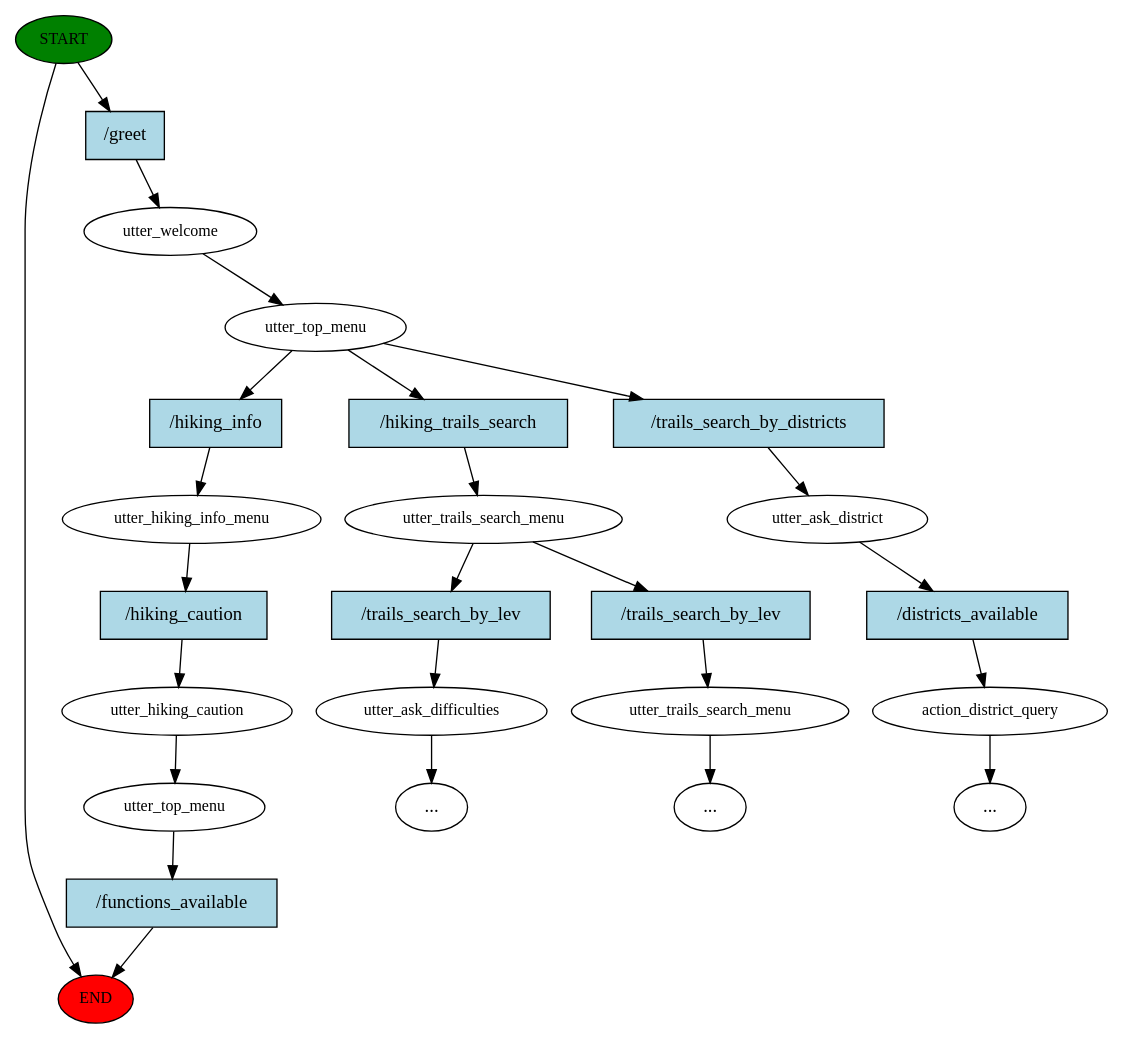
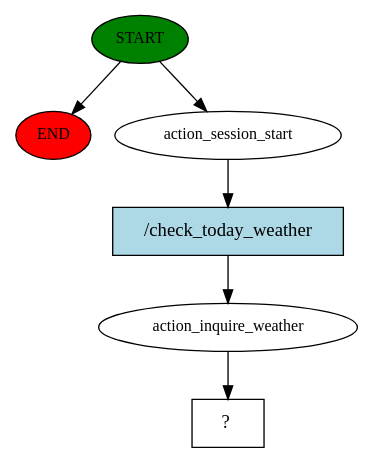
The diagram in story_graph.dot (lemonJohn755/FYP_Chatbot), drawn with Graphviz before and after one commit. The commit also changed 2 other files, not shown here.

```diff
--- a/story_graph.dot
+++ b/story_graph.dot
@@ -1,50 +1,13 @@
 digraph  {
 0 [class="start active", fillcolor=green, fontsize=12, label=START, style=filled];
 "-1" [class=end, fillcolor=red, fontsize=12, label=END, style=filled];
-1 [class=active, fontsize=12, label=utter_welcome];
-2 [class=active, fontsize=12, label=utter_top_menu];
-3 [class=active, fontsize=12, label=utter_hiking_info_menu];
-4 [class=active, fontsize=12, label=utter_hiking_caution];
-5 [class="active dashed", fontsize=12, label=utter_top_menu];
-8 [class="", fontsize=12, label=utter_trails_search_menu];
-9 [class="", fontsize=12, label=utter_ask_difficulties];
-"-3" [class=ellipsis, label="..."];
-12 [class="", fontsize=12, label=utter_ask_district];
-13 [class="", fontsize=12, label=action_district_query];
-"-4" [class=ellipsis, label="..."];
-17 [class="", fontsize=12, label=utter_trails_search_menu];
-"-5" [class=ellipsis, label="..."];
-23 [class="intent active", fillcolor=lightblue, label="/greet", shape=rect, style=filled];
-24 [class="intent active", fillcolor=lightblue, label="/hiking_info", shape=rect, style=filled];
-25 [class=intent, fillcolor=lightblue, label="/hiking_trails_search", shape=rect, style=filled];
-26 [class=intent, fillcolor=lightblue, label="/trails_search_by_districts", shape=rect, style=filled];
-27 [class="intent active", fillcolor=lightblue, label="/hiking_caution", shape=rect, style=filled];
-28 [class=intent, fillcolor=lightblue, label="/functions_available", shape=rect, style=filled];
-29 [class=intent, fillcolor=lightblue, label="/trails_search_by_lev", shape=rect, style=filled];
-30 [class=intent, fillcolor=lightblue, label="/trails_search_by_lev", shape=rect, style=filled];
-31 [class=intent, fillcolor=lightblue, label="/districts_available", shape=rect, style=filled];
+1 [class=active, fontsize=12, label=action_session_start];
+2 [class=active, fontsize=12, label=action_inquire_weather];
+3 [class="intent dashed active", label="  ?  ", shape=rect];
+4 [class="intent active", fillcolor=lightblue, label="/check_today_weather", shape=rect, style=filled];
 0 -> "-1"  [class="", key=NONE, label=""];
-0 -> 23  [class=active, key=0];
-1 -> 2  [class=active, key=NONE, label=""];
-2 -> 24  [class=active, key=0];
-2 -> 25  [class="", key=0];
-2 -> 26  [class="", key=0];
-3 -> 27  [class=active, key=0];
-4 -> 5  [class=active, key=NONE, label=""];
-5 -> 28  [class="", key=0];
-8 -> 29  [class="", key=0];
-8 -> 30  [class="", key=0];
-9 -> "-3"  [class="", key=NONE, label=""];
-12 -> 31  [class="", key=0];
-13 -> "-4"  [class="", key=NONE, label=""];
-17 -> "-5"  [class="", key=NONE, label=""];
-23 -> 1  [class=active, key=0];
-24 -> 3  [class=active, key=0];
-25 -> 8  [class="", key=0];
-26 -> 12  [class="", key=0];
-27 -> 4  [class=active, key=0];
-28 -> "-1"  [class="", key=0];
-29 -> 9  [class="", key=0];
-30 -> 17  [class="", key=0];
-31 -> 13  [class="", key=0];
+0 -> 1  [class=active, key=NONE, label=""];
+1 -> 4  [class=active, key=0];
+2 -> 3  [class=active, key=NONE, label=""];
+4 -> 2  [class=active, key=0];
 }
```
